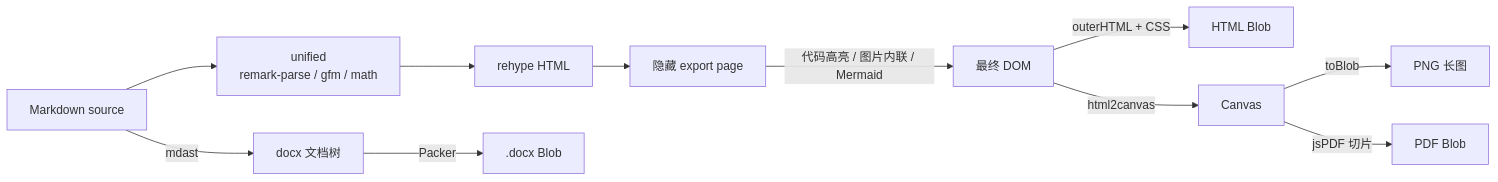
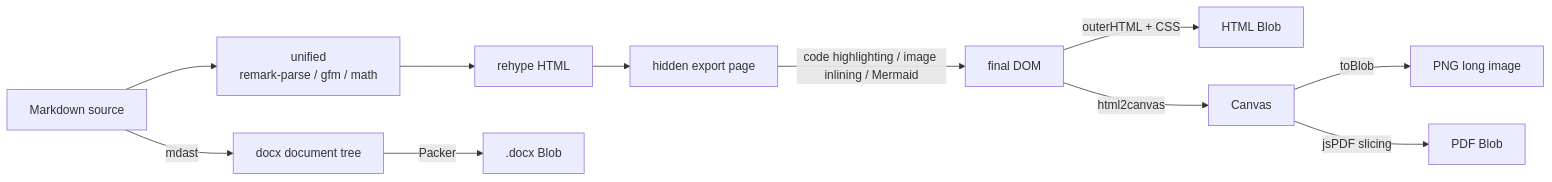
The fifth of 5 diagrams in docs/ARCHITECTURE.md (yvnli/markdown-studio), drawn with Mermaid before and after one commit. The commit also changed other lines of this file and 5 other files, not shown here.

````diff
--- a/docs/ARCHITECTURE.md
+++ b/docs/ARCHITECTURE.md
@@ -598,13 +601,13 @@
 ```mermaid
 flowchart LR
   MD[Markdown source] --> U[unified\nremark-parse / gfm / math]
   U --> HTML[rehype HTML]
-  HTML --> P[隐藏 export page]
-  P -->|代码高亮 / 图片内联 / Mermaid| P2[最终 DOM]
+  HTML --> P[hidden export page]
+  P -->|code highlighting / image inlining / Mermaid| P2[final DOM]
   P2 -->|outerHTML + CSS| H[HTML Blob]
   P2 -->|html2canvas| C[Canvas]
-  C -->|toBlob| PNG[PNG 长图]
-  C -->|jsPDF 切片| PDF[PDF Blob]
-  MD -->|mdast| D[docx 文档树]
+  C -->|toBlob| PNG[PNG long image]
+  C -->|jsPDF slicing| PDF[PDF Blob]
+  MD -->|mdast| D[docx document tree]
   D -->|Packer| DOCX[.docx Blob]
 ```
````
